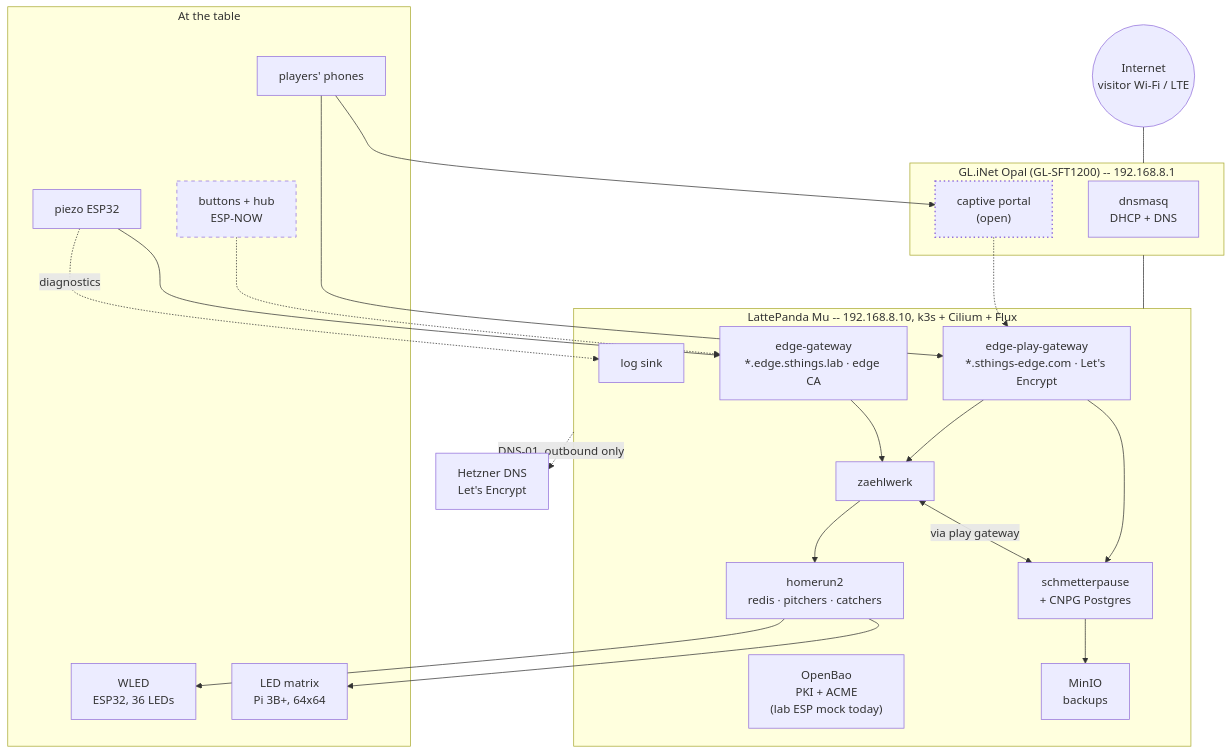
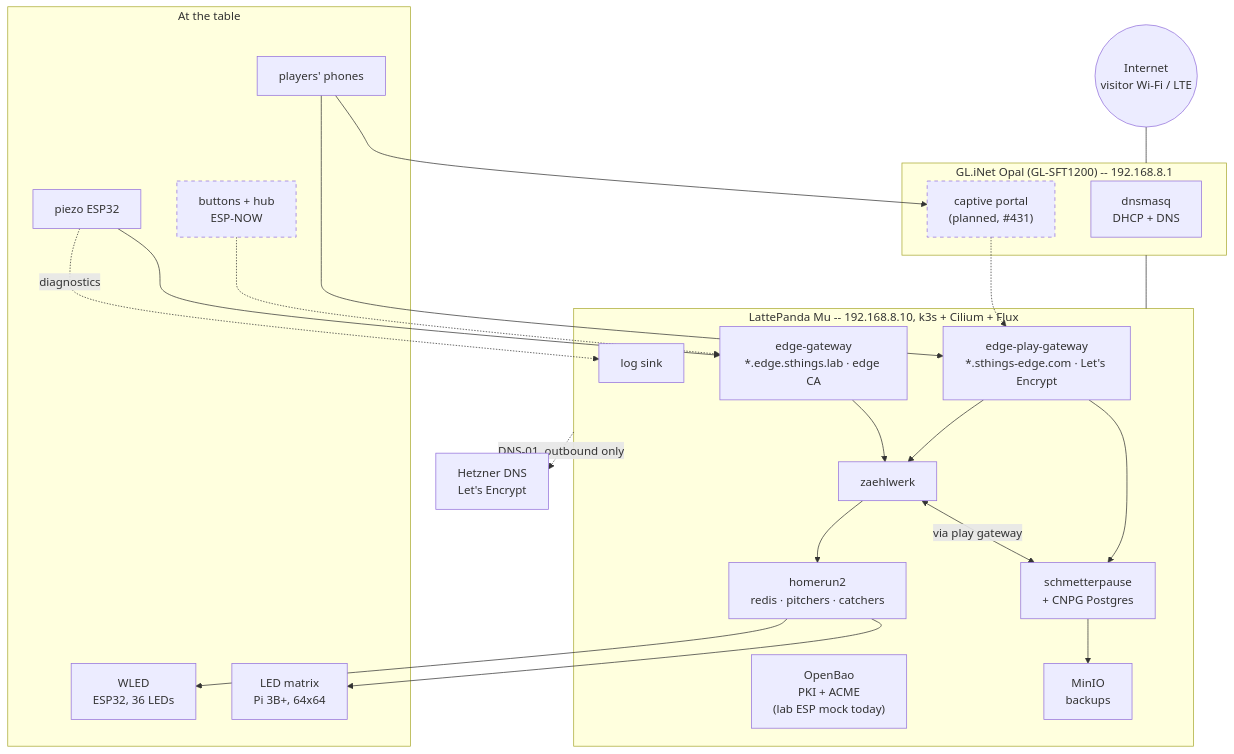
The first of 3 diagrams in docs/edge/landscape.md (stuttgart-things/harvester), drawn with Mermaid before and after one commit. The commit also changed other lines of this file, not shown here.

First line of the commit message:
docs(edge): the captive portal is planned, linked to its issue

````diff
--- a/docs/edge/landscape.md
+++ b/docs/edge/landscape.md
@@ -16,52 +15,50 @@
 ```mermaid
 flowchart TB
   internet((Internet<br/>visitor Wi-Fi / LTE))
   hetzner["Hetzner DNS<br/>Let's Encrypt"]
 
   subgraph opal["GL.iNet Opal (GL-SFT1200) -- 192.168.8.1"]
     dns["dnsmasq<br/>DHCP + DNS"]
-    portal["captive portal<br/>(open)"]
+    portal["captive portal<br/>(planned, #431)"]
   end
 
   subgraph box["LattePanda Mu -- 192.168.8.10, k3s + Cilium + Flux"]
     gw["edge-gateway<br/>*.edge.sthings.lab · edge CA"]
     play["edge-play-gateway<br/>*.sthings-edge.com · Let's Encrypt"]
     zw["zaehlwerk"]
     sp["schmetterpause<br/>+ CNPG Postgres"]
     hr["homerun2<br/>redis · pitchers · catchers"]
     bao["OpenBao<br/>PKI + ACME<br/>(lab ESP mock today)"]
     minio["MinIO<br/>backups"]
     sink["log sink"]
   end
 
   subgraph table["At the table"]
     piezo["piezo ESP32"]
     buttons["buttons + hub<br/>ESP-NOW"]
     matrix["LED matrix<br/>Pi 3B+, 64x64"]
     wled["WLED<br/>ESP32, 36 LEDs"]
     phones["players' phones"]
   end
 
   internet --- opal
   opal --- box
   box -. DNS-01, outbound only .-> hetzner
   phones --> portal
   portal -.-> play
   phones --> play
   piezo --> gw
   buttons -.-> gw
   gw --> zw
   play --> sp
   play --> zw
   zw <-- "via play gateway" --> sp
   zw --> hr
   hr --> matrix
   hr --> wled
   sp --> minio
   piezo -. diagnostics .-> sink
 
   classDef planned stroke-dasharray: 5 5
-  classDef open stroke-dasharray: 2 4,stroke-width:2px
-  class buttons planned
-  class portal open
+  class buttons,portal planned
 ```
````
